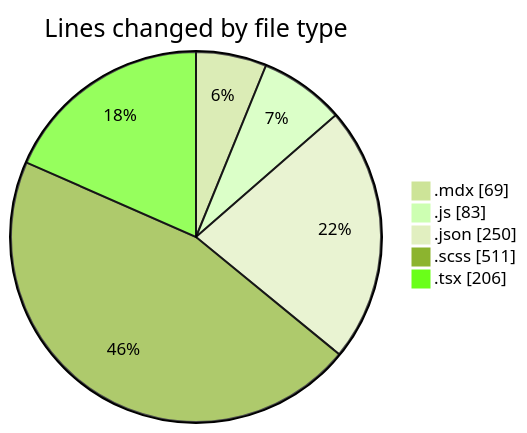
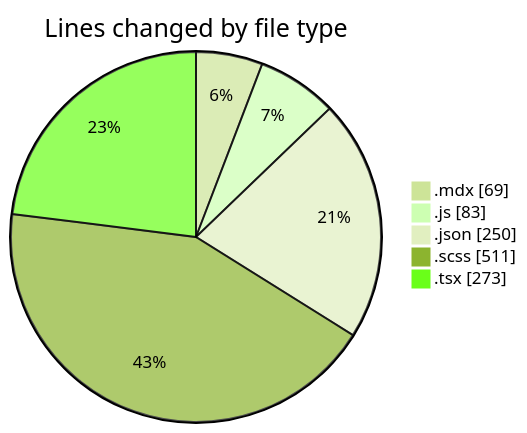
One commit to momahboobian/code-tracking changed the first of 2 diagrams in 2026-08-13/cda/README.md. Above: the diagram before and after it, drawn with Mermaid (forest theme). The commit also changed other lines of this file and 1 other file, not shown here.

````diff
--- a/2026-08-13/cda/README.md
+++ b/2026-08-13/cda/README.md
@@ -28,9 +29,9 @@
 ```mermaid
 pie showData
 title Lines changed by file type
 ".mdx" : 69
 ".js" : 83
 ".json" : 250
 ".scss" : 511
-".tsx" : 206
+".tsx" : 273
 ```
````
